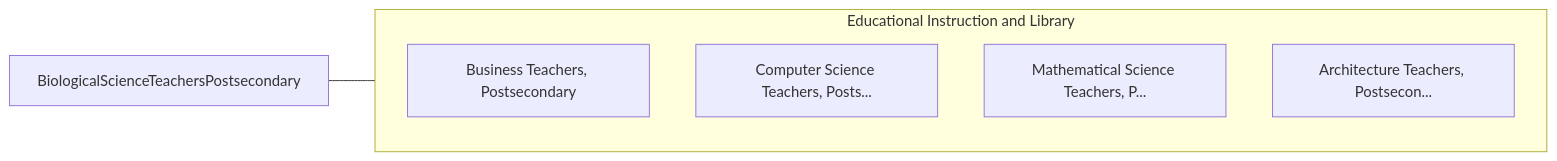
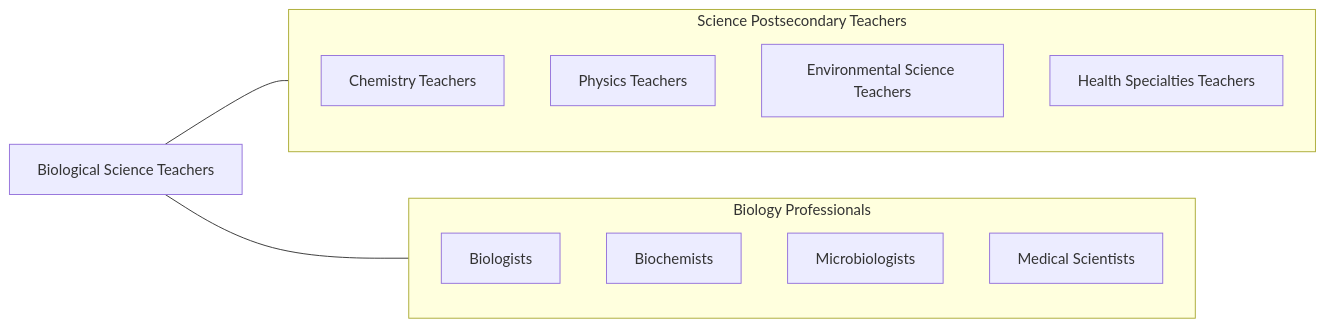
One commit to kziemski/business.org.ai changed the fourth of 4 diagrams in occupations/Education/BiologicalScienceTeachersPostsecondary.mdx. Above: the diagram before and after it, drawn with Mermaid. The commit also changed other lines of this file and 938 other files, not shown here.

````diff
--- a/occupations/Education/BiologicalScienceTeachersPostsecondary.mdx
+++ b/occupations/Education/BiologicalScienceTeachersPostsecondary.mdx
@@ -100,13 +169,21 @@
 ```mermaid
 graph LR
-    Current["BiologicalScienceTeachersPostsecondary"]
+    Current["Biological Science Teachers"]
 
-    subgraph SameCategory["Educational Instruction and Library"]
-        BusinessTeachersPost["Business Teachers, Postsecondary"]
-        ComputerScienceTeach["Computer Science Teachers, Posts..."]
-        MathematicalScienceT["Mathematical Science Teachers, P..."]
-        ArchitectureTeachers["Architecture Teachers, Postsecon..."]
+    subgraph SameCategory["Science Postsecondary Teachers"]
+        Chemistry["Chemistry Teachers"]
+        Physics["Physics Teachers"]
+        EnvSci["Environmental Science Teachers"]
+        Health["Health Specialties Teachers"]
+    end
+
+    subgraph CrossFunctional["Biology Professionals"]
+        Biologists["Biologists"]
+        Biochemists["Biochemists"]
+        Microbiologists["Microbiologists"]
+        MedScientists["Medical Scientists"]
     end
 
     Current --- SameCategory
+    Current --- CrossFunctional
 ```
````
